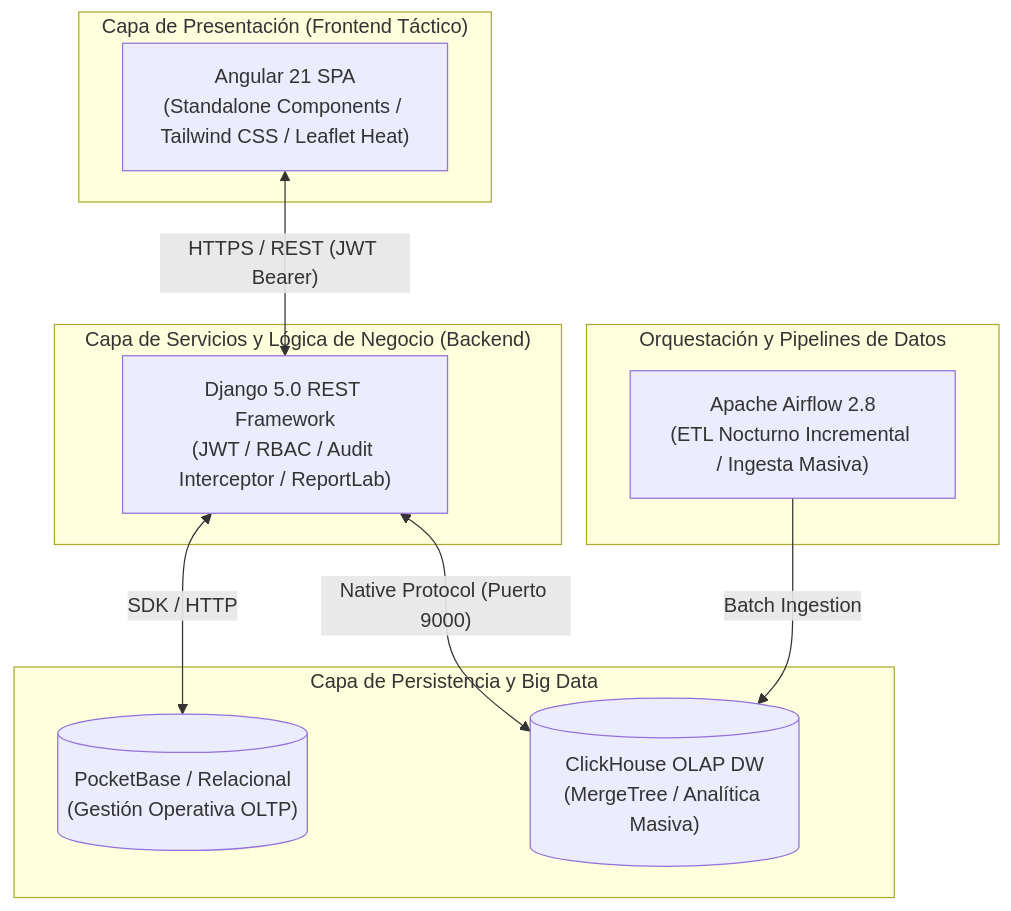
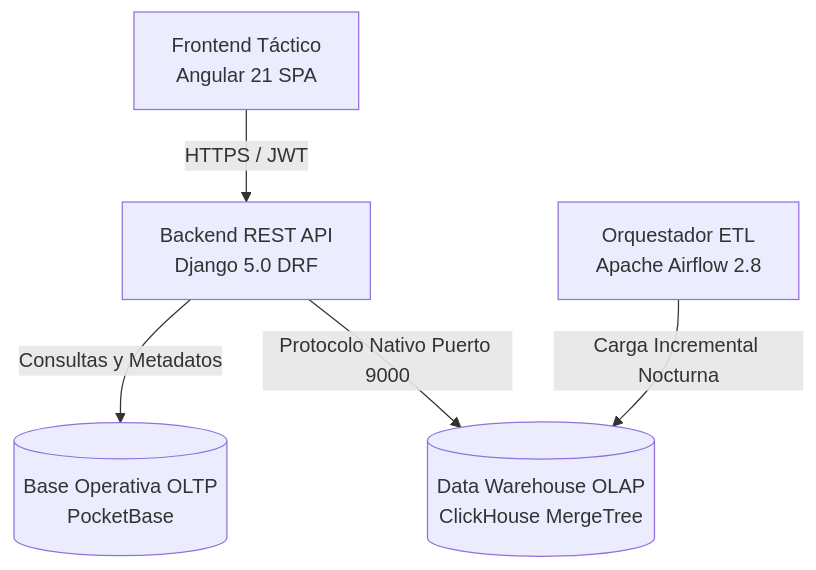
The diagram in README.md (JeremyJaramillo72/SafeCity_Departamento_De_Policia_Chicago), drawn with Mermaid before and after one commit.

Commit message:
fix(docs): corregir sintaxis de diagrama Mermaid para renderizado en GitHub

````diff
--- a/README.md
+++ b/README.md
@@ -45,24 +45,13 @@
 ```mermaid
 flowchart TD
-    subgraph ClientLayer["Capa de Presentación (Frontend Táctico)"]
-        UI["Angular 21 SPA\n(Standalone Components / Tailwind CSS / Leaflet Heat)"]
-    end
+    UI["Frontend Táctico<br/>Angular 21 SPA"]
+    API["Backend REST API<br/>Django 5.0 DRF"]
+    PB[("Base Operativa OLTP<br/>PocketBase")]
+    CH[("Data Warehouse OLAP<br/>ClickHouse MergeTree")]
+    Airflow["Orquestador ETL<br/>Apache Airflow 2.8"]
 
-    subgraph APILayer["Capa de Servicios y Lógica de Negocio (Backend)"]
-        API["Django 5.0 REST Framework\n(JWT / RBAC / Audit Interceptor / ReportLab)"]
-    end
-
-    subgraph DataLayer["Capa de Persistencia y Big Data"]
-        PB[("PocketBase / Relacional\n(Gestión Operativa OLTP)")]
-        CH[("ClickHouse OLAP DW\n(MergeTree / Analítica Masiva)")]
-    end
-
-    subgraph DataPipeline["Orquestación y Pipelines de Datos"]
-        Airflow["Apache Airflow 2.8\n(ETL Nocturno Incremental / Ingesta Masiva)"]
-    end
-
-    UI <-->|"HTTPS / REST (JWT Bearer)"| API
-    API <-->|"SDK / HTTP"| PB
-    API <-->|"Native Protocol (Puerto 9000)"| CH
-    Airflow -->|"Batch Ingestion"| CH
+    UI -->|HTTPS / JWT| API
+    API -->|Consultas y Metadatos| PB
+    API -->|Protocolo Nativo Puerto 9000| CH
+    Airflow -->|Carga Incremental Nocturna| CH
 ```
````
